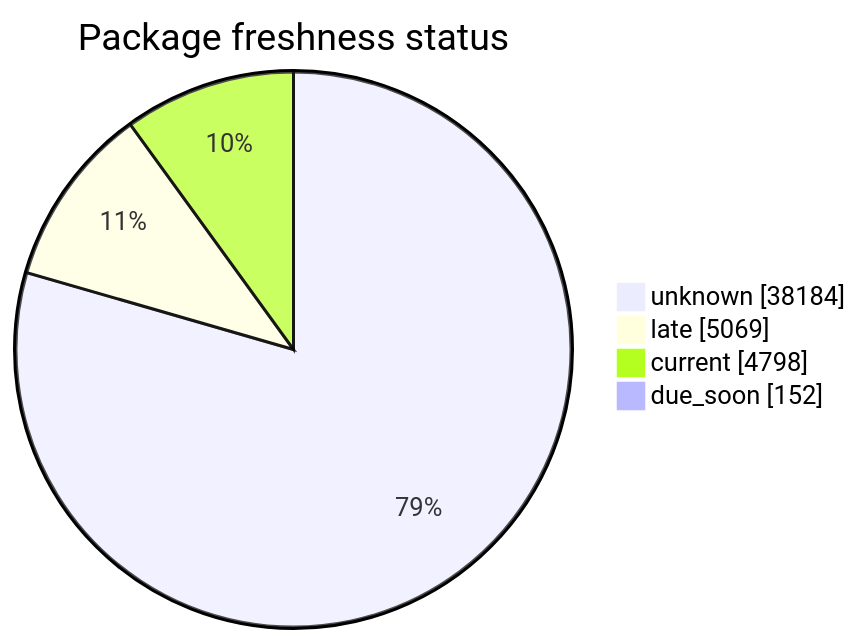
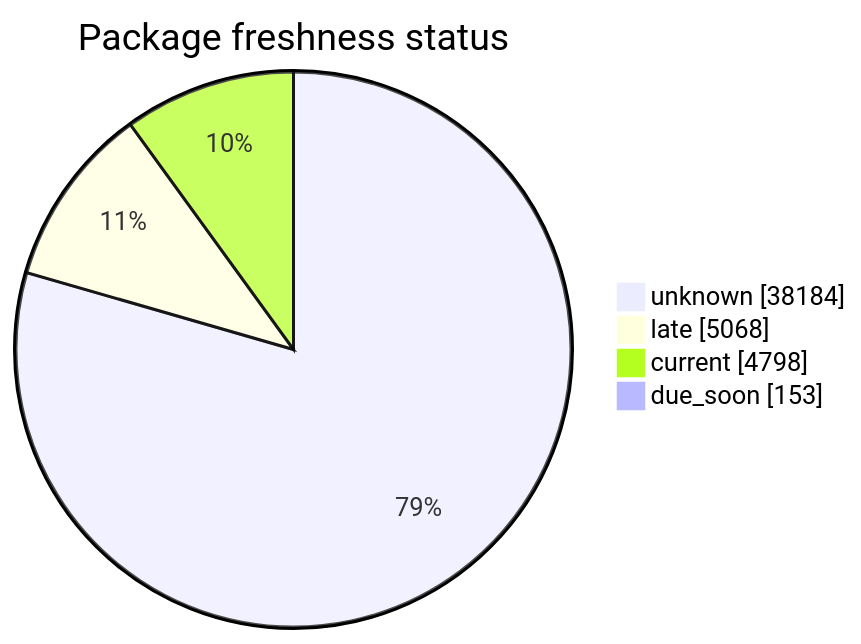
One commit to open-data/analytics-corporate-reporting changed the second of 5 diagrams in FreshCheck/README.md. Above: the diagram before and after it, drawn with Mermaid. The commit also changed other lines of this file and 3 other files, not shown here.

````diff
--- a/FreshCheck/README.md
+++ b/FreshCheck/README.md
@@ -68,7 +68,7 @@
 ```mermaid
 pie showData title Package freshness status
     "unknown": 38184
-    "late": 5069
+    "late": 5068
     "current": 4798
-    "due_soon": 152
+    "due_soon": 153
 ```
````
